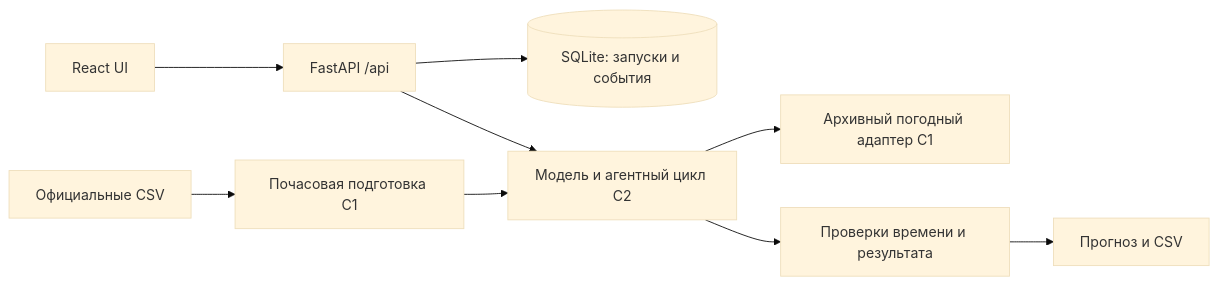
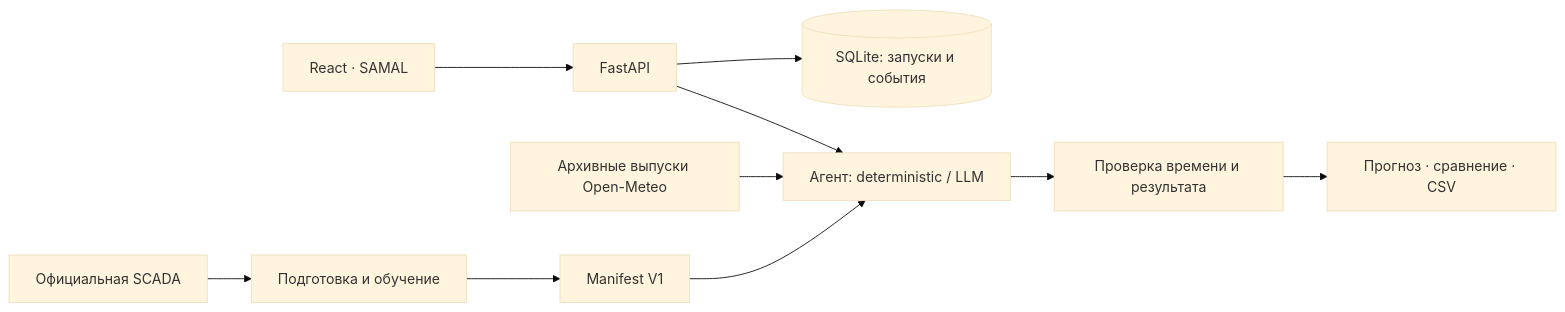
The diagram in README.md (BAITC-Hacks/hack-c0c67068-qwertys), drawn with Mermaid (base theme) before and after one commit. The commit also changed other lines of this file and 3 other files, not shown here.

````diff
--- a/README.md
+++ b/README.md
@@ -124,11 +101,12 @@
 ```mermaid
 flowchart LR
-    UI[React UI] --> API[FastAPI /api]
-    API --> Store[(SQLite: запуски и события)]
-    API --> Core[Модель и агентный цикл C2]
-    Core --> Weather[Архивный погодный адаптер C1]
-    CSV[Официальные CSV] --> Data[Почасовая подготовка C1]
-    Data --> Core
-    Core --> Checks[Проверки времени и результата]
-    Checks --> Export[Прогноз и CSV]
+    UI[React · SAMAL] --> API[FastAPI]
+    API --> DB[(SQLite: запуски и события)]
+    API --> Agent[Агент: deterministic / LLM]
+    Weather[Архивные выпуски Open-Meteo] --> Agent
+    SCADA[Официальная SCADA] --> Train[Подготовка и обучение]
+    Train --> Model[Manifest V1]
+    Model --> Agent
+    Agent --> Validate[Проверка времени и результата]
+    Validate --> Output[Прогноз · сравнение · CSV]
 ```
````
